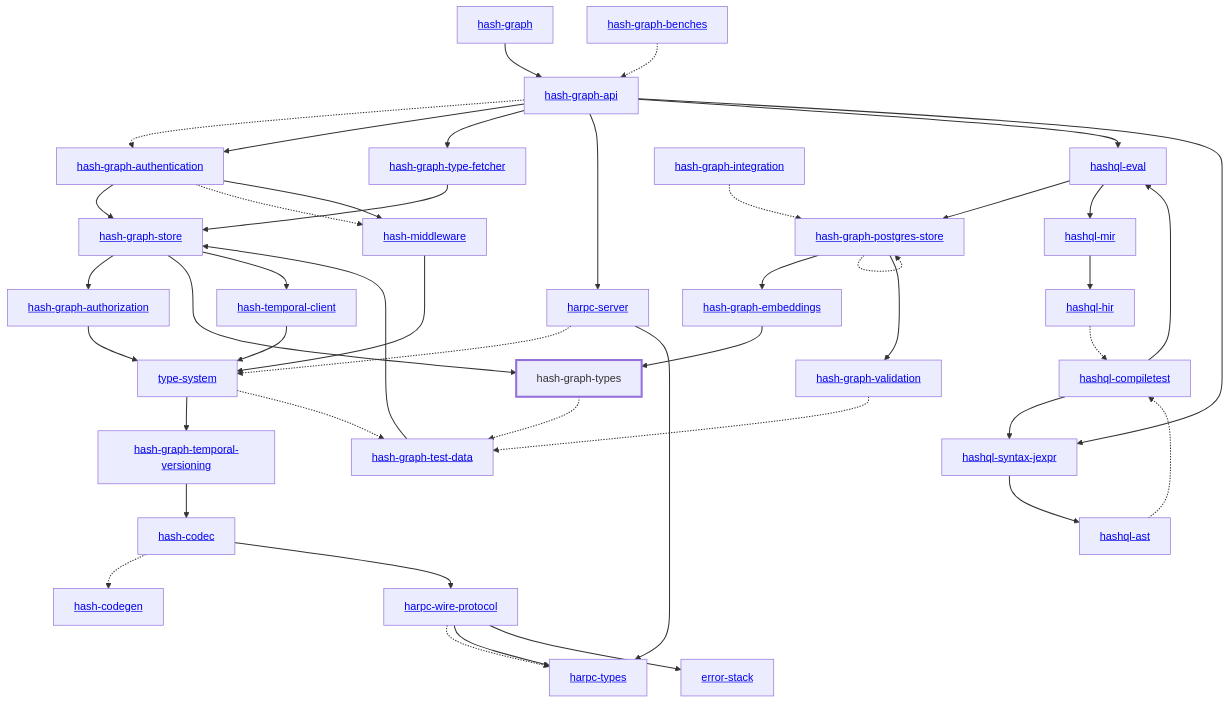
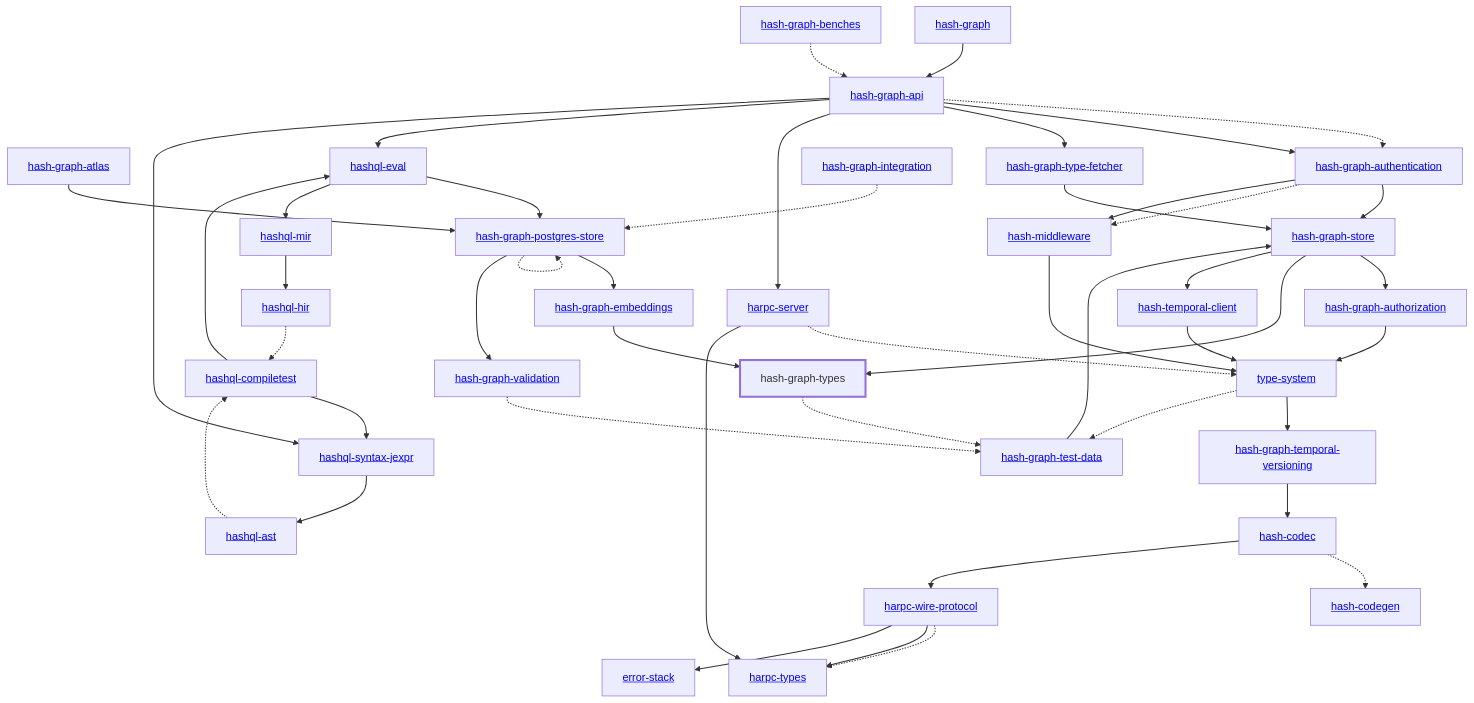
The diagram in libs/@local/graph/types/docs/dependency-diagram.mmd (hashintel/hash), drawn with Mermaid before and after one commit. The commit also changed 640 other files, not shown here.

Commit message:
feat: the hash-graph-atlas crate

```diff
--- a/libs/@local/graph/types/docs/dependency-diagram.mmd
+++ b/libs/@local/graph/types/docs/dependency-diagram.mmd
@@ -1,84 +1,86 @@
 graph TD
     linkStyle default stroke-width:1.5px
     classDef default stroke-width:1px
     classDef root stroke-width:3px
     classDef dev stroke-width:1px
     classDef build stroke-width:1px
     %% Legend
     %% --> : Normal dependency
     %% -.-> : Dev dependency
     %% ---> : Build dependency
     0[<a href="../hash_graph/index.html">hash-graph</a>]
     1[<a href="../type_system/index.html">type-system</a>]
     2[<a href="../hash_codec/index.html">hash-codec</a>]
     3[<a href="../hash_codegen/index.html">hash-codegen</a>]
     4[<a href="../hash_graph_api/index.html">hash-graph-api</a>]
-    5[<a href="../hash_graph_authentication/index.html">hash-graph-authentication</a>]
-    6[<a href="../hash_graph_authorization/index.html">hash-graph-authorization</a>]
-    7[<a href="../hash_graph_embeddings/index.html">hash-graph-embeddings</a>]
-    8[<a href="../hash_graph_postgres_store/index.html">hash-graph-postgres-store</a>]
-    9[<a href="../hash_graph_store/index.html">hash-graph-store</a>]
-    10[<a href="../hash_graph_temporal_versioning/index.html">hash-graph-temporal-versioning</a>]
-    11[<a href="../hash_graph_type_fetcher/index.html">hash-graph-type-fetcher</a>]
-    12[hash-graph-types]
-    class 12 root
-    13[<a href="../hash_graph_validation/index.html">hash-graph-validation</a>]
-    14[<a href="../harpc_server/index.html">harpc-server</a>]
-    15[<a href="../harpc_types/index.html">harpc-types</a>]
-    16[<a href="../harpc_wire_protocol/index.html">harpc-wire-protocol</a>]
-    17[<a href="../hashql_ast/index.html">hashql-ast</a>]
-    18[<a href="../hashql_compiletest/index.html">hashql-compiletest</a>]
-    19[<a href="../hashql_eval/index.html">hashql-eval</a>]
-    20[<a href="../hashql_hir/index.html">hashql-hir</a>]
-    21[<a href="../hashql_mir/index.html">hashql-mir</a>]
-    22[<a href="../hashql_syntax_jexpr/index.html">hashql-syntax-jexpr</a>]
-    23[<a href="../hash_middleware/index.html">hash-middleware</a>]
-    24[<a href="../hash_temporal_client/index.html">hash-temporal-client</a>]
-    25[<a href="../error_stack/index.html">error-stack</a>]
-    26[<a href="../hash_graph_benches/index.html">hash-graph-benches</a>]
-    27[<a href="../hash_graph_integration/index.html">hash-graph-integration</a>]
-    28[<a href="../hash_graph_test_data/index.html">hash-graph-test-data</a>]
+    5[<a href="../hash_graph_atlas/index.html">hash-graph-atlas</a>]
+    6[<a href="../hash_graph_authentication/index.html">hash-graph-authentication</a>]
+    7[<a href="../hash_graph_authorization/index.html">hash-graph-authorization</a>]
+    8[<a href="../hash_graph_embeddings/index.html">hash-graph-embeddings</a>]
+    9[<a href="../hash_graph_postgres_store/index.html">hash-graph-postgres-store</a>]
+    10[<a href="../hash_graph_store/index.html">hash-graph-store</a>]
+    11[<a href="../hash_graph_temporal_versioning/index.html">hash-graph-temporal-versioning</a>]
+    12[<a href="../hash_graph_type_fetcher/index.html">hash-graph-type-fetcher</a>]
+    13[hash-graph-types]
+    class 13 root
+    14[<a href="../hash_graph_validation/index.html">hash-graph-validation</a>]
+    15[<a href="../harpc_server/index.html">harpc-server</a>]
+    16[<a href="../harpc_types/index.html">harpc-types</a>]
+    17[<a href="../harpc_wire_protocol/index.html">harpc-wire-protocol</a>]
+    18[<a href="../hashql_ast/index.html">hashql-ast</a>]
+    19[<a href="../hashql_compiletest/index.html">hashql-compiletest</a>]
+    20[<a href="../hashql_eval/index.html">hashql-eval</a>]
+    21[<a href="../hashql_hir/index.html">hashql-hir</a>]
+    22[<a href="../hashql_mir/index.html">hashql-mir</a>]
+    23[<a href="../hashql_syntax_jexpr/index.html">hashql-syntax-jexpr</a>]
+    24[<a href="../hash_middleware/index.html">hash-middleware</a>]
+    25[<a href="../hash_temporal_client/index.html">hash-temporal-client</a>]
+    26[<a href="../error_stack/index.html">error-stack</a>]
+    27[<a href="../hash_graph_benches/index.html">hash-graph-benches</a>]
+    28[<a href="../hash_graph_integration/index.html">hash-graph-integration</a>]
+    29[<a href="../hash_graph_test_data/index.html">hash-graph-test-data</a>]
     0 --> 4
-    1 --> 10
-    1 -.-> 28
+    1 --> 11
+    1 -.-> 29
     2 -.-> 3
-    2 --> 16
-    4 -.-> 5
-    4 --> 5
-    4 --> 11
-    4 --> 14
-    4 --> 19
-    4 --> 22
+    2 --> 17
+    4 -.-> 6
+    4 --> 6
+    4 --> 12
+    4 --> 15
+    4 --> 20
+    4 --> 23
     5 --> 9
-    5 -.-> 23
-    5 --> 23
-    6 --> 1
-    7 --> 12
-    8 --> 7
-    8 -.-> 8
+    6 --> 10
+    6 -.-> 24
+    6 --> 24
+    7 --> 1
     8 --> 13
-    9 --> 6
-    9 --> 12
-    9 --> 24
-    10 --> 2
-    11 --> 9
-    12 -.-> 28
-    13 -.-> 28
-    14 -.-> 1
-    14 --> 15
-    16 -.-> 15
-    16 --> 15
-    16 --> 25
-    17 -.-> 18
-    18 --> 19
-    18 --> 22
-    19 --> 8
-    19 --> 21
-    20 -.-> 18
-    21 --> 20
-    22 --> 17
-    23 --> 1
+    9 --> 8
+    9 -.-> 9
+    9 --> 14
+    10 --> 7
+    10 --> 13
+    10 --> 25
+    11 --> 2
+    12 --> 10
+    13 -.-> 29
+    14 -.-> 29
+    15 -.-> 1
+    15 --> 16
+    17 -.-> 16
+    17 --> 16
+    17 --> 26
+    18 -.-> 19
+    19 --> 20
+    19 --> 23
+    20 --> 9
+    20 --> 22
+    21 -.-> 19
+    22 --> 21
+    23 --> 18
     24 --> 1
-    26 -.-> 4
-    27 -.-> 8
-    28 --> 9
+    25 --> 1
+    27 -.-> 4
+    28 -.-> 9
+    29 --> 10
```
